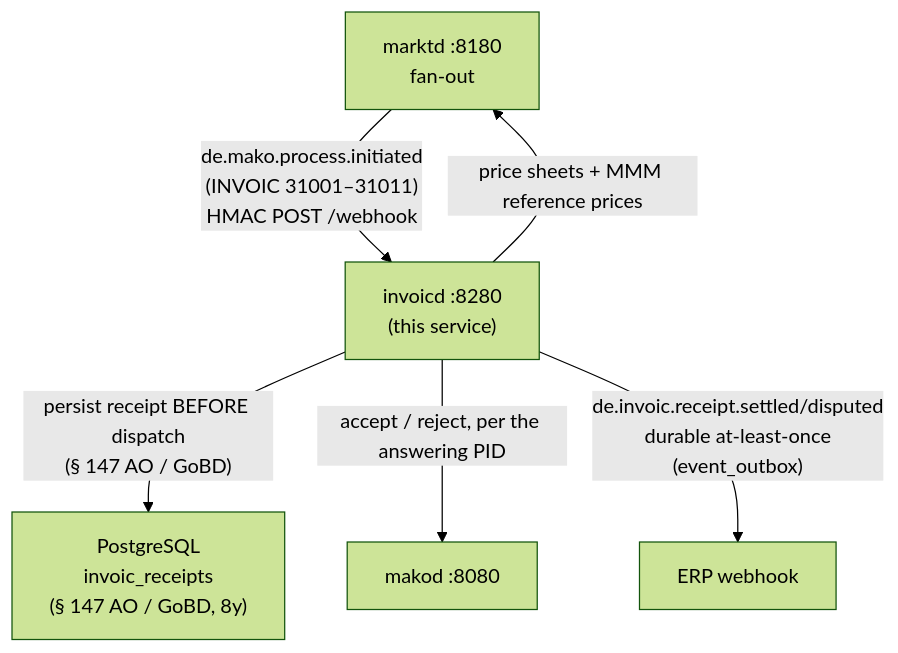
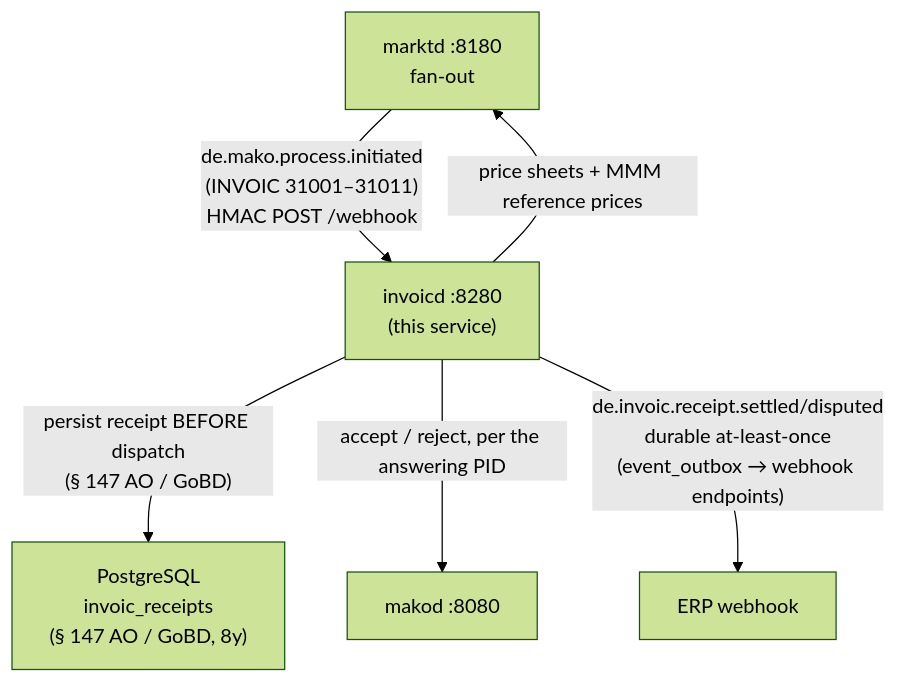
The first of 2 diagrams in site/content/docs/services/invoicd.md (hupe1980/mako), drawn with Mermaid (forest theme) before and after one commit. The commit also changed other lines of this file and 584 other files, not shown here.

````diff
--- a/site/content/docs/services/invoicd.md
+++ b/site/content/docs/services/invoicd.md
@@ -26,13 +26,13 @@
 ```mermaid
 graph TB
     marktd["marktd :8180<br/>fan-out"]
     invoicd["invoicd :8280<br/>(this service)"]
     makod["makod :8080"]
     pg["PostgreSQL<br/>invoic_receipts<br/>(§ 147 AO / GoBD, 8y)"]
 
     marktd -->|"de.mako.process.initiated<br/>(INVOIC 31001–31011)<br/>HMAC POST /webhook"| invoicd
     invoicd -->|"price sheets + MMM reference prices"| marktd
     invoicd -->|"persist receipt BEFORE dispatch<br/>(§ 147 AO / GoBD)"| pg
     invoicd -->|"accept / reject, per the answering PID"| makod
-    invoicd -->|"de.invoic.receipt.settled/disputed<br/>durable at-least-once<br/>(event_outbox)"| erp["ERP webhook"]
+    invoicd -->|"de.invoic.receipt.settled/disputed<br/>durable at-least-once<br/>(event_outbox → webhook endpoints)"| erp["ERP webhook"]
 ```
````
